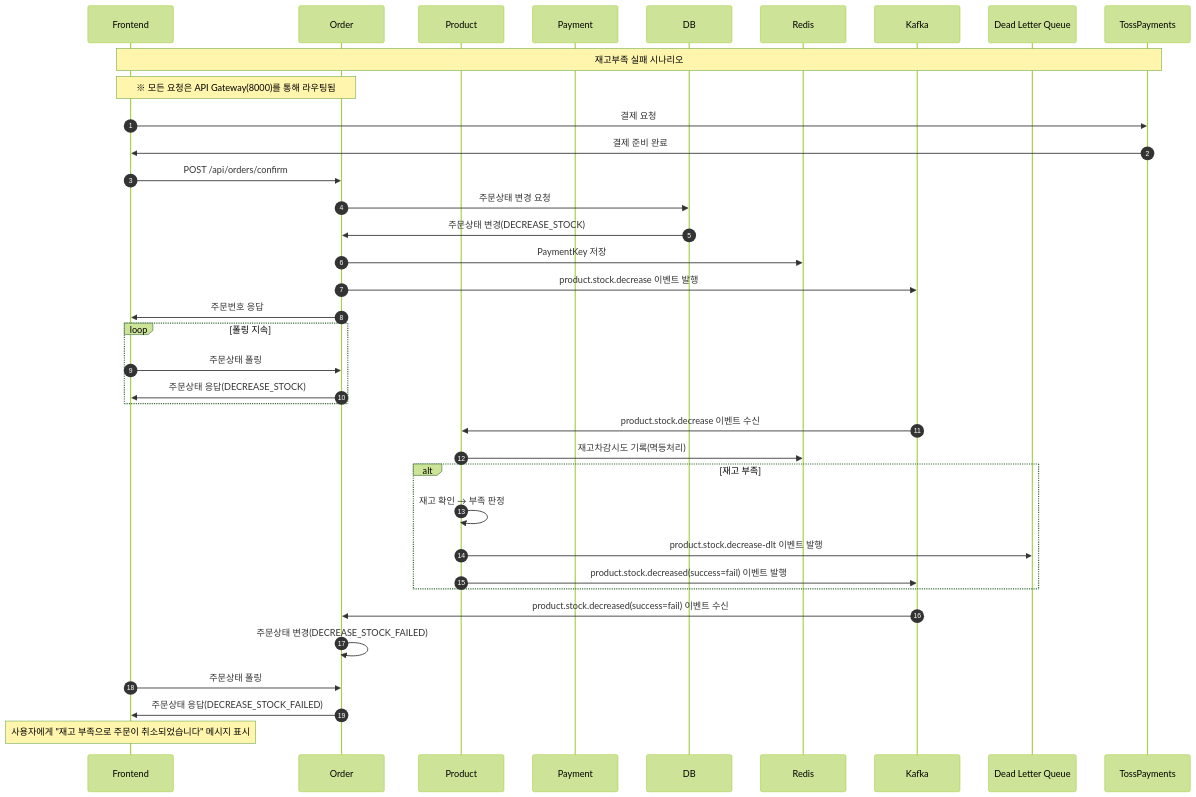
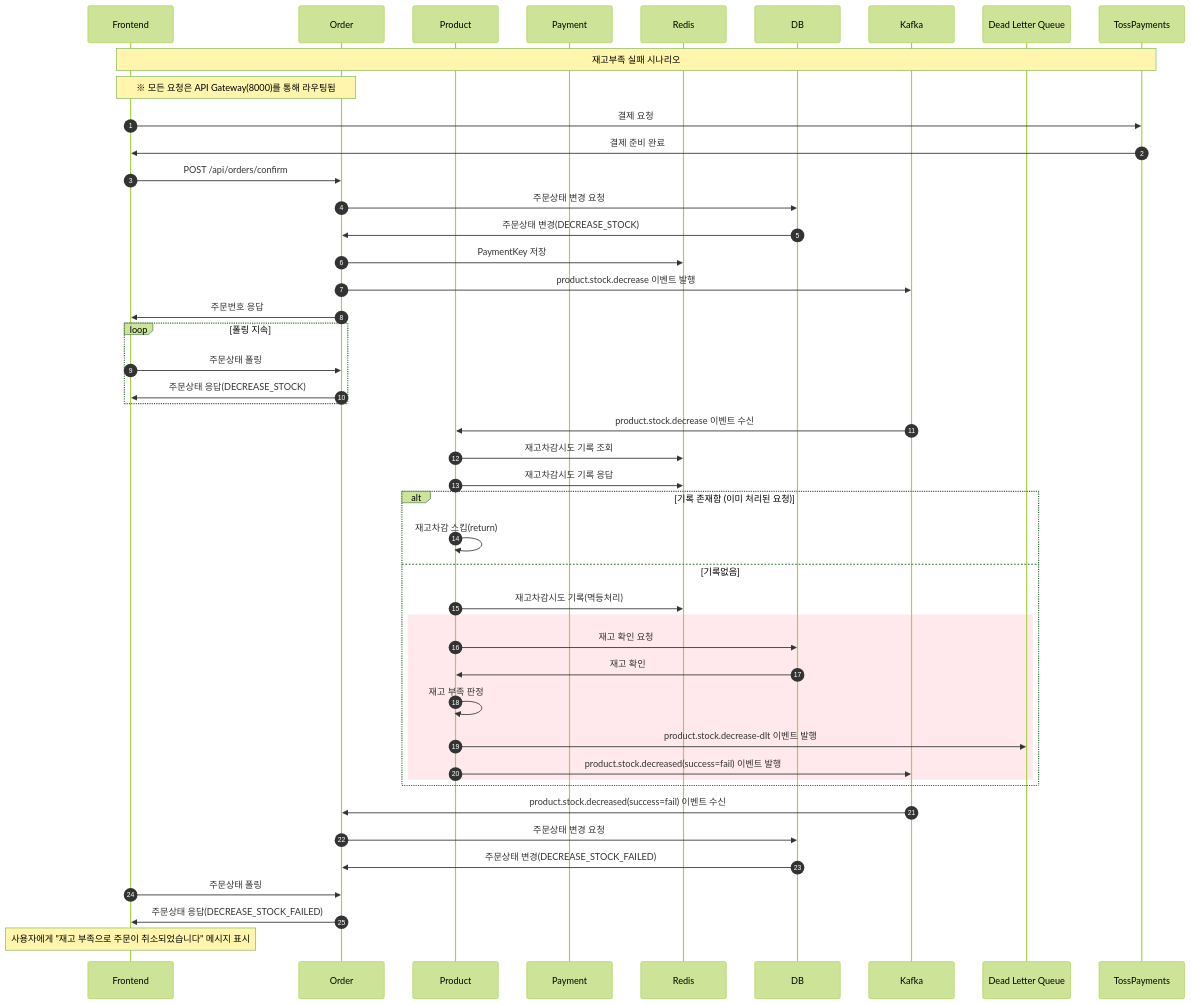
One commit to hana0627/i-love-pet changed the fourth of 5 diagrams in readMe.md. Above: the diagram before and after it, drawn with Mermaid (forest theme). The commit also changed other lines of this file, not shown here.

````diff
--- a/readMe.md
+++ b/readMe.md
@@ -364,48 +372,58 @@
 ```mermaid
 sequenceDiagram autonumber
     participant Frontend
     participant Order
     participant Product
     participant Payment
+    participant Redis
     participant DB
-    participant Redis
     participant Kafka
     participant DLQ as Dead Letter Queue
     participant TossPayments
 
     Note over Frontend,TossPayments: 재고부족 실패 시나리오
     Note over Frontend,Order: ※ 모든 요청은 API Gateway(8000)를 통해 라우팅됨
 
     Frontend->>TossPayments: 결제 요청
     TossPayments->>Frontend: 결제 준비 완료
 
 
     Frontend->>Order: POST /api/orders/confirm
     Order->>DB: 주문상태 변경 요청
     DB->>Order: 주문상태 변경(DECREASE_STOCK)
     Order->>Redis: PaymentKey 저장
     Order->>Kafka: product.stock.decrease 이벤트 발행
     Order->>Frontend: 주문번호 응답
     
     loop 폴링 지속
         Frontend->>Order: 주문상태 폴링
         Order->>Frontend: 주문상태 응답(DECREASE_STOCK)
     end
 
     Kafka->>Product: product.stock.decrease 이벤트 수신
-    Product->>Redis: 재고차감시도 기록(멱등처리)
     
-    alt 재고 부족
-        Product->>Product: 재고 확인 → 부족 판정
-        Product->>DLQ: product.stock.decrease-dlt 이벤트 발행
-        Product->>Kafka: product.stock.decreased(success=fail) 이벤트 발행
+    Product->>Redis: 재고차감시도 기록 조회
+    Product->>Redis: 재고차감시도 기록 응답
+    
+    alt 기록 존재함 (이미 처리된 요청)
+        Product->>Product: 재고차감 스킵(return)
+    else 기록없음 
+        Product->>Redis: 재고차감시도 기록(멱등처리)
+        rect rgba(255, 182, 193, 0.3)
+              Product->>DB: 재고 확인 요청
+              DB->>Product: 재고 확인
+              Product->>Product: 재고 부족 판정
+              Product->>DLQ: product.stock.decrease-dlt 이벤트 발행
+              Product->>Kafka: product.stock.decreased(success=fail) 이벤트 발행
+        end
     end
 
     Kafka->>Order: product.stock.decreased(success=fail) 이벤트 수신
-    Order->>Order: 주문상태 변경(DECREASE_STOCK_FAILED)
+    Order->>DB: 주문상태 변경 요청
+    DB->>Order: 주문상태 변경(DECREASE_STOCK_FAILED)
 
     Frontend->>Order: 주문상태 폴링
     Order->>Frontend: 주문상태 응답(DECREASE_STOCK_FAILED)
     
     Note over Frontend: 사용자에게 "재고 부족으로 주문이 취소되었습니다" 메시지 표시
 ```
````
